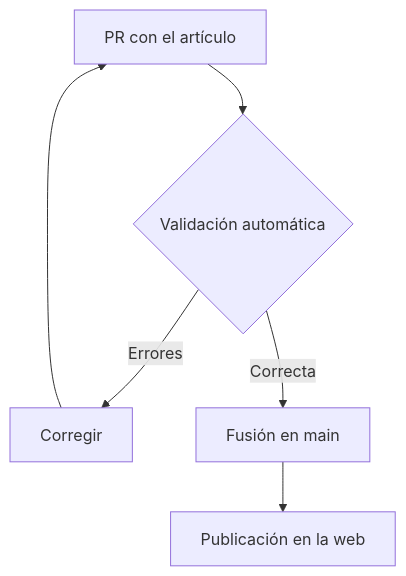
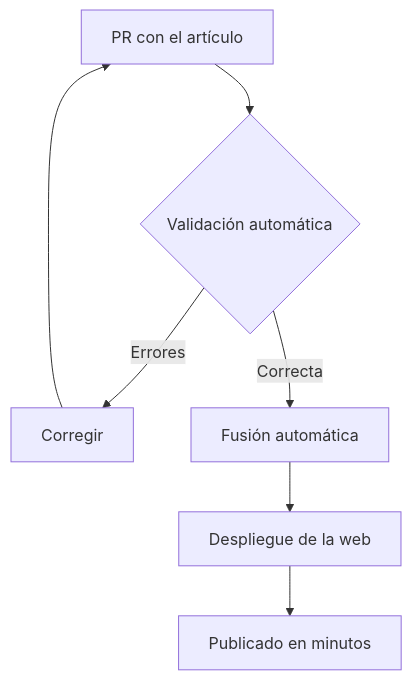
Before and after one commit to logalitech/blog-content: the diagram in README.md, drawn with Mermaid. The commit also changed other lines of this file and 1 other file, not shown here.

````diff
--- a/README.md
+++ b/README.md
@@ -37,8 +37,9 @@
 ```mermaid
 flowchart TB
   A["PR con el artículo"] --> B{"Validación automática"}
   B -->|"Errores"| C["Corregir"]
   C --> A
-  B -->|"Correcta"| D["Fusión en main"]
-  D --> E["Publicación en la web"]
+  B -->|"Correcta"| D["Fusión automática"]
+  D --> E["Despliegue de la web"]
+  E --> F["Publicado en minutos"]
 ```
````
